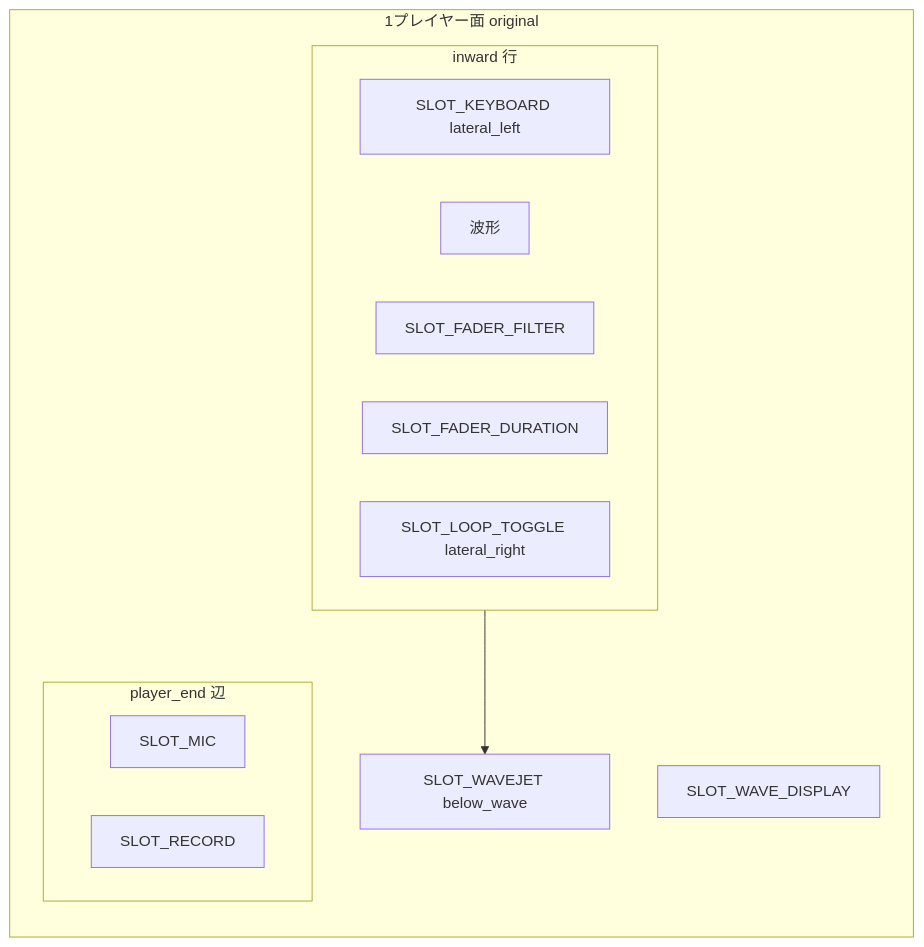
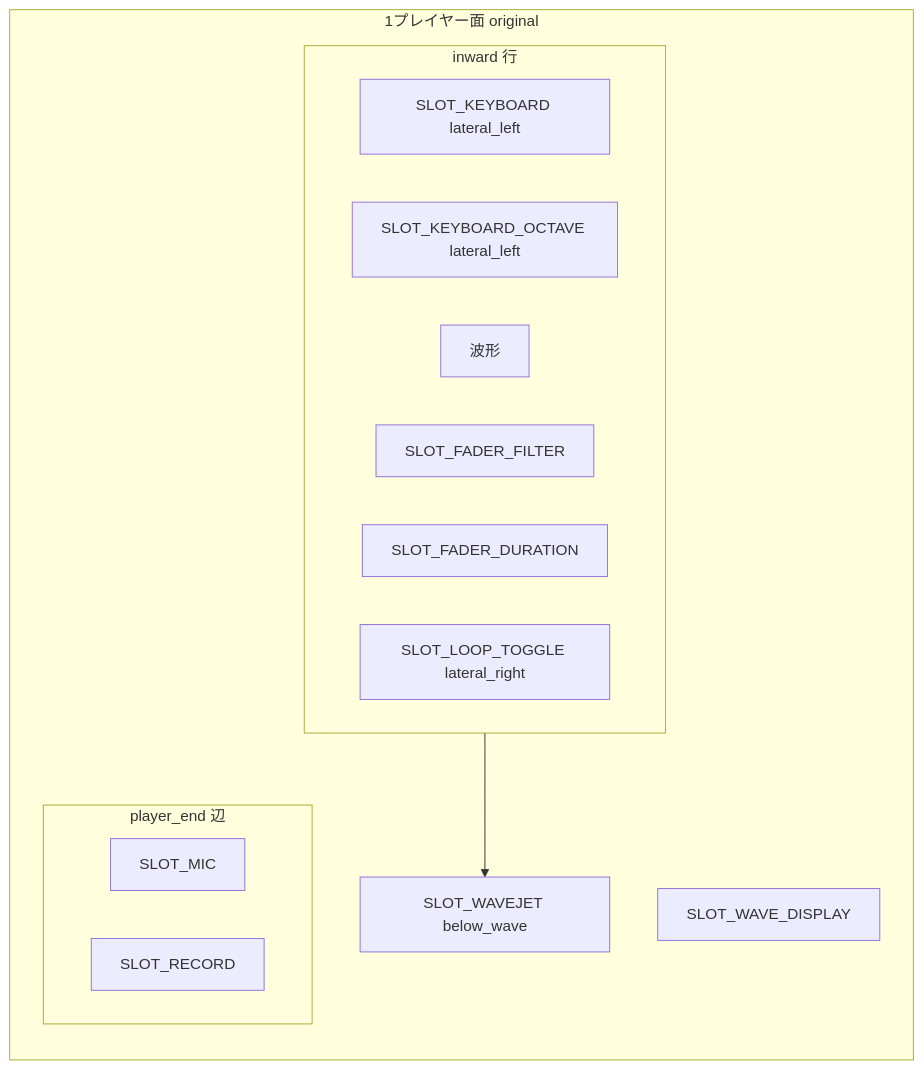
One commit to okathira-dev/opencollidoscope-web changed the second of 2 diagrams in docs/hardware-layout.md. Above: the diagram before and after it, drawn with Mermaid. The commit also changed other lines of this file and 27 other files, not shown here.

````diff
--- a/docs/hardware-layout.md
+++ b/docs/hardware-layout.md
@@ -108,22 +120,23 @@
 ```mermaid
 flowchart TB
   subgraph player_original [1プレイヤー面 original]
     direction TB
     WAVE[SLOT_WAVE_DISPLAY]
     WJ[SLOT_WAVEJET below_wave]
     subgraph inward_row [inward 行]
       direction LR
       KB[SLOT_KEYBOARD lateral_left]
+      OCT[SLOT_KEYBOARD_OCTAVE lateral_left]
       WAVE2[波形]
       F1[SLOT_FADER_FILTER]
       F2[SLOT_FADER_DURATION]
       LP[SLOT_LOOP_TOGGLE lateral_right]
     end
     subgraph player_edge [player_end 辺]
       direction LR
       MIC[SLOT_MIC]
       REC[SLOT_RECORD]
     end
   end
   inward_row --> WJ
 ```
````
